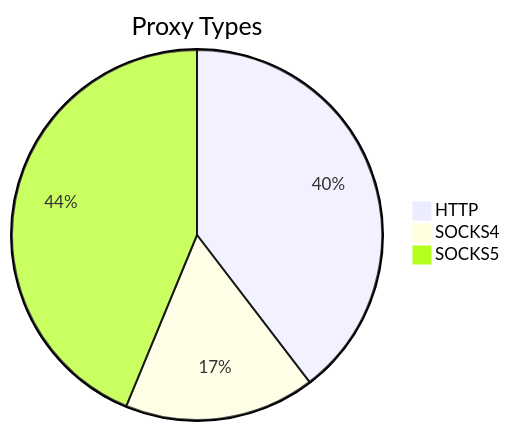
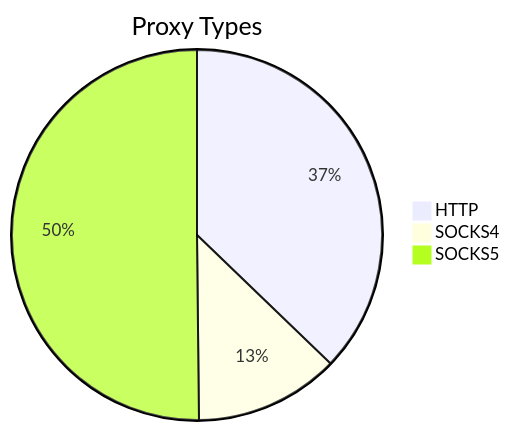
The first of 2 diagrams in README.md (stormsia/proxy-list), drawn with Mermaid before and after one commit. The commit also changed other lines of this file, not shown here.

````diff
--- a/README.md
+++ b/README.md
@@ -21,6 +21,6 @@
 ```mermaid
 pie title Proxy Types
-    "HTTP" : 219
-    "SOCKS4" : 92
-    "SOCKS5" : 242
+    "HTTP" : 109
+    "SOCKS4" : 37
+    "SOCKS5" : 147
 ```
````
